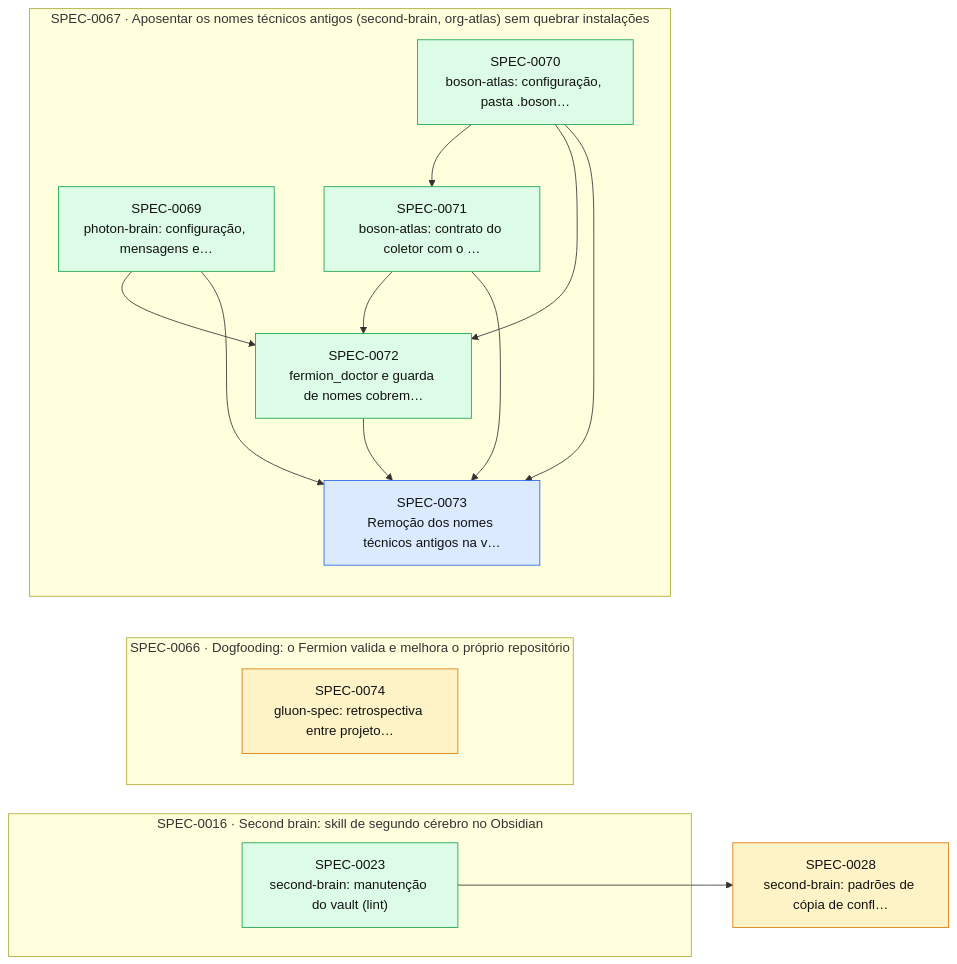
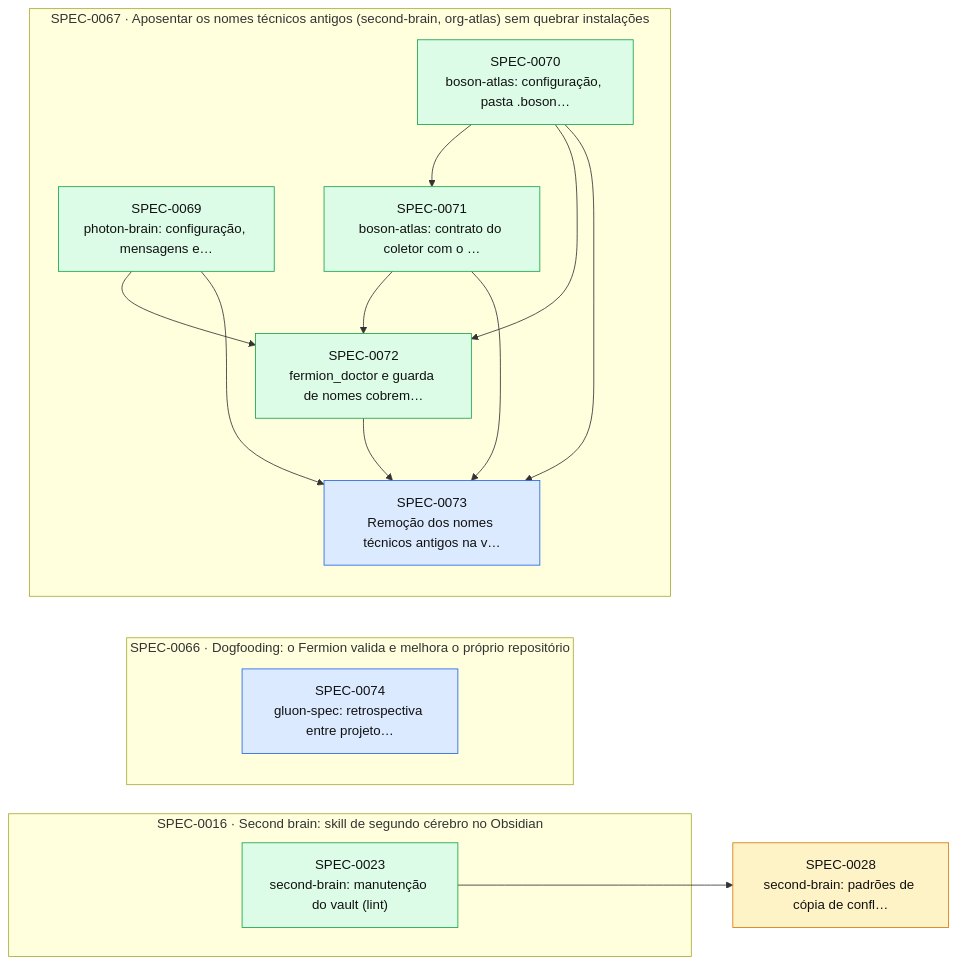
Before and after one commit to thomasravache/ai-dev-brain: the diagram in docs/specs/INDEX.md, drawn with Mermaid. The commit also changed other lines of this file and 2 other files, not shown here.

Commit message:
docs(specs): H1 da SPEC-0066 e da SPEC-0074

````diff
--- a/docs/specs/INDEX.md
+++ b/docs/specs/INDEX.md
@@ -59,31 +59,31 @@
 ```mermaid
 flowchart LR
   S0028["SPEC-0028<br/>second-brain: padrões de cópia de confl…"]:::proposed
   subgraph E0016["SPEC-0016 · Second brain: skill de segundo cérebro no Obsidian"]
     S0023["SPEC-0023<br/>second-brain: manutenção do vault (lint)"]:::implemented
   end
   subgraph E0066["SPEC-0066 · Dogfooding: o Fermion valida e melhora o próprio repositório"]
-    S0074["SPEC-0074<br/>gluon-spec: retrospectiva entre projeto…"]:::proposed
+    S0074["SPEC-0074<br/>gluon-spec: retrospectiva entre projeto…"]:::approved
   end
   subgraph E0067["SPEC-0067 · Aposentar os nomes técnicos antigos (second-brain, org-atlas) sem quebrar instalações"]
     S0069["SPEC-0069<br/>photon-brain: configuração, mensagens e…"]:::implemented
     S0070["SPEC-0070<br/>boson-atlas: configuração, pasta .boson…"]:::implemented
     S0071["SPEC-0071<br/>boson-atlas: contrato do coletor com o …"]:::implemented
     S0072["SPEC-0072<br/>fermion_doctor e guarda de nomes cobrem…"]:::implemented
     S0073["SPEC-0073<br/>Remoção dos nomes técnicos antigos na v…"]:::approved
   end
   S0023 --> S0028
   S0070 --> S0071
   S0069 --> S0072
   S0070 --> S0072
   S0071 --> S0072
   S0069 --> S0073
   S0070 --> S0073
   S0071 --> S0073
   S0072 --> S0073
   classDef proposed fill:#fef3c7,stroke:#d97706,color:#111
   classDef approved fill:#dbeafe,stroke:#2563eb,color:#111
   classDef inprogress fill:#ede9fe,stroke:#7c3aed,color:#111
   classDef implemented fill:#dcfce7,stroke:#16a34a,color:#111
   classDef deprecated fill:#f3f4f6,stroke:#9ca3af,color:#6b7280
 ```
````
